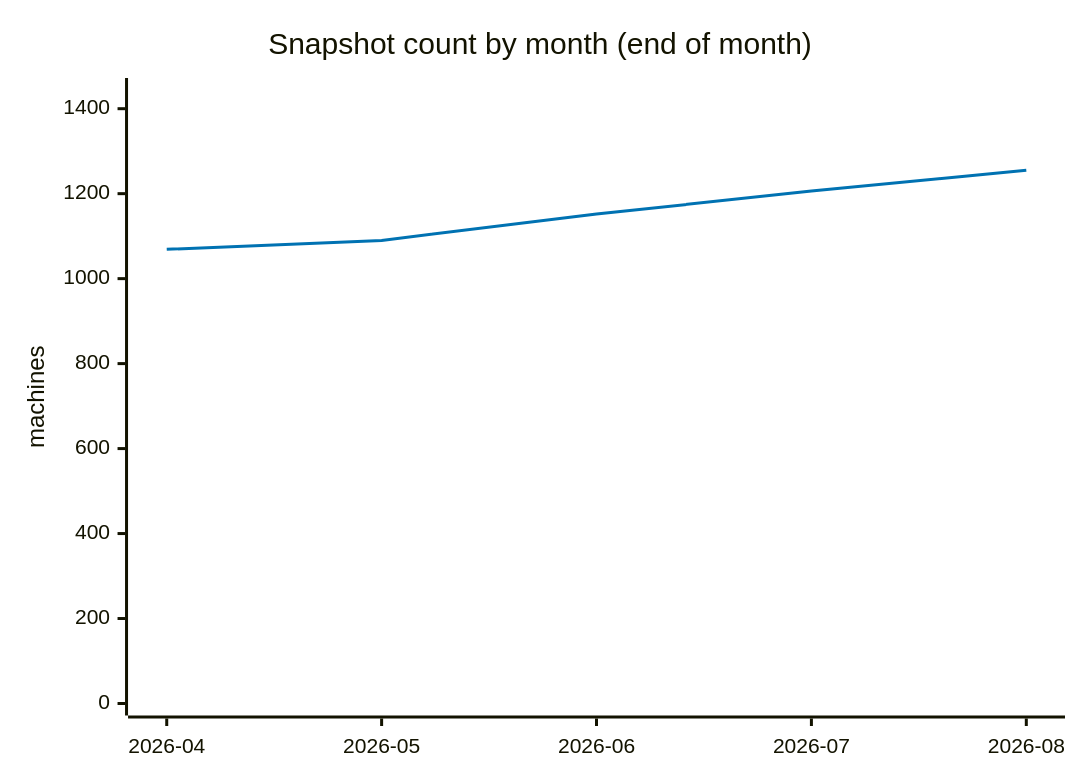
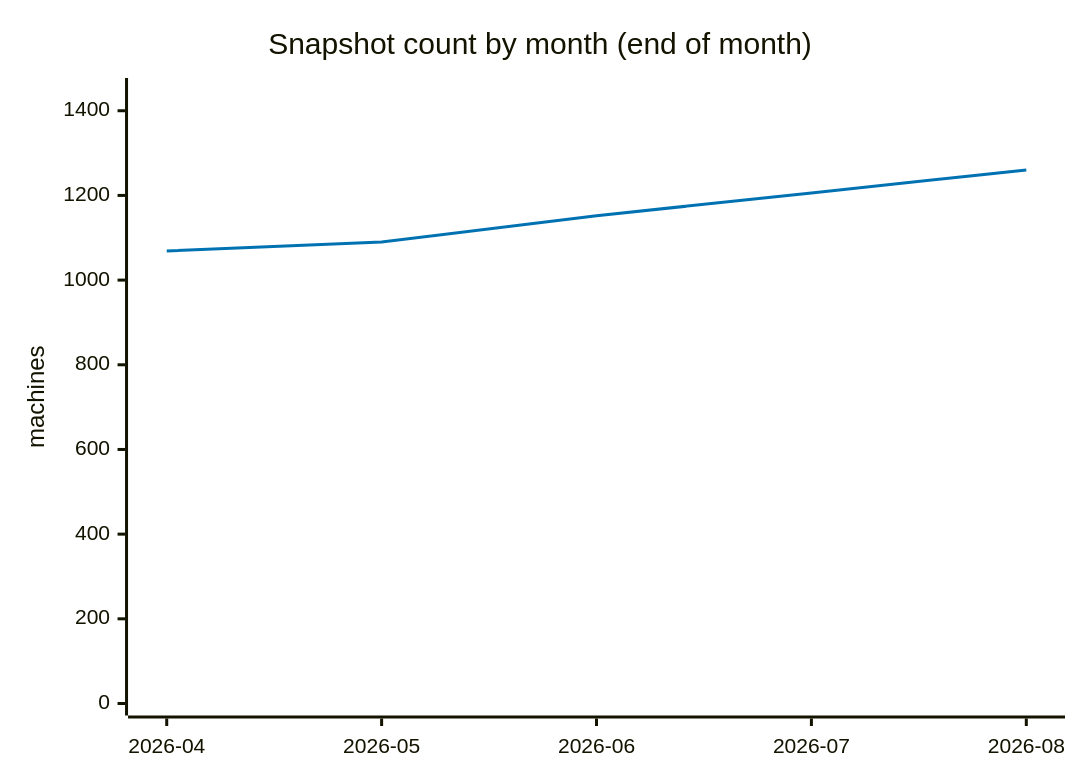
The sixth of 7 diagrams in ANALYSIS.md (cheeaun/returnright-data), drawn with Mermaid before and after one commit. The commit also changed other lines of this file and 3 other files, not shown here.

````diff
--- a/ANALYSIS.md
+++ b/ANALYSIS.md
@@ -284,13 +284,13 @@
 ```mermaid
 ---
 config:
   themeVariables:
     xyChart:
       plotColorPalette: "#0072B2"
 ---
 xychart-beta
     title "Snapshot count by month (end of month)"
     x-axis ["2026-04", "2026-05", "2026-06", "2026-07", "2026-08"]
-    y-axis "machines" 0 --> 1444
-    line [1069, 1090, 1152, 1206, 1255]
+    y-axis "machines" 0 --> 1449
+    line [1069, 1090, 1152, 1206, 1260]
 ```
````
